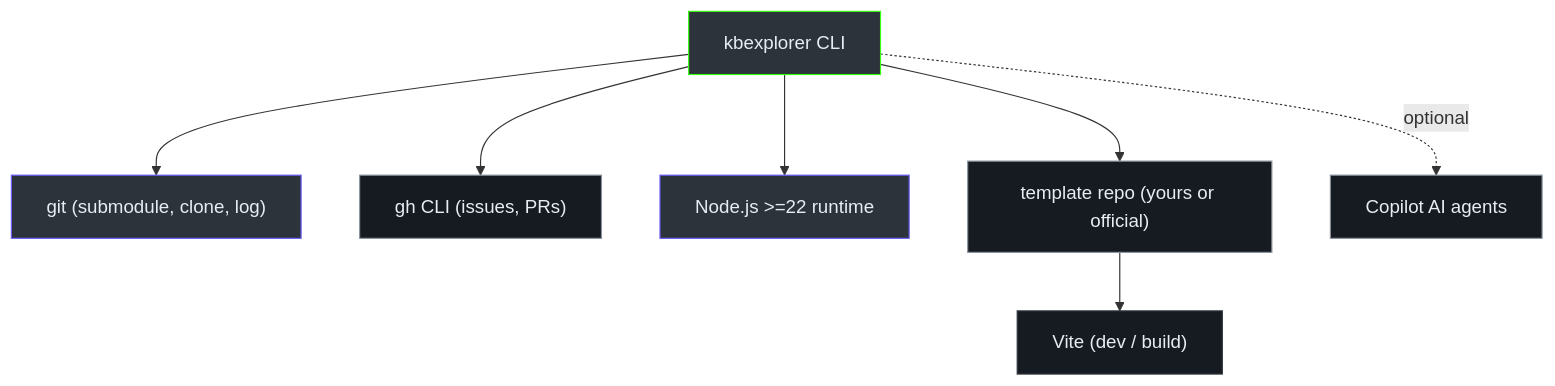
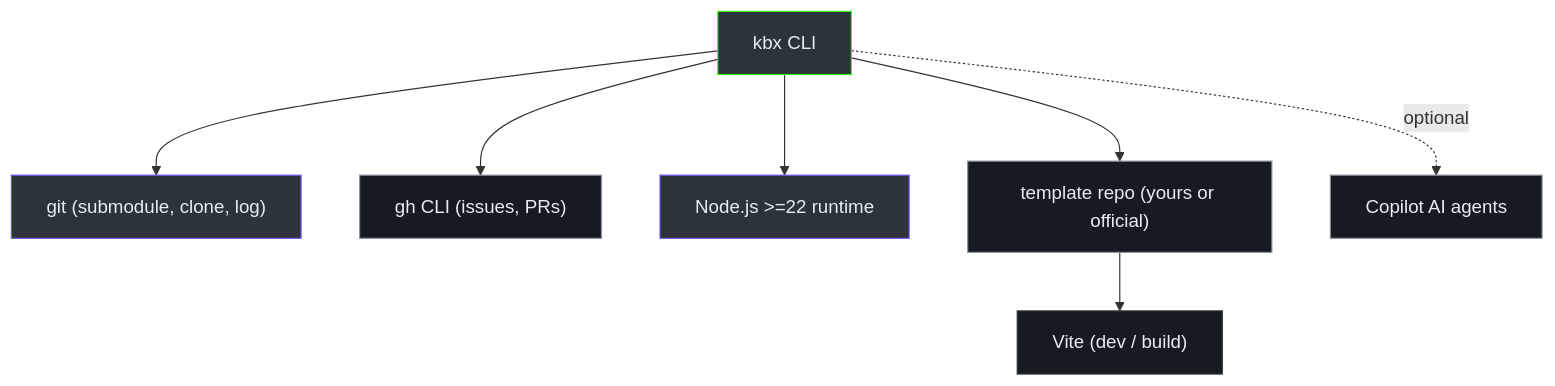
Before and after one commit to anokye-labs/kbexplorer-cli: the third of 4 diagrams in docs/onboarding/platform-guide.md, drawn with Mermaid. The commit also changed other lines of this file and 150 other files, not shown here.

First line of the commit message:
rename: kbexplorer CLI → kbx (#128)

````diff
--- a/docs/onboarding/platform-guide.md
+++ b/docs/onboarding/platform-guide.md
@@ -333,15 +333,15 @@
 ```mermaid
 graph TB
-    cli["kbexplorer CLI"]:::core
+    cli["kbx CLI"]:::core
     cli --> git["git (submodule, clone, log)"]:::plat
     cli --> ghcli["gh CLI (issues, PRs)"]:::svc
     cli --> node["Node.js >=22 runtime"]:::plat
     cli --> tmpl["template repo (yours or official)"]:::svc
     tmpl --> vite["Vite (dev / build)"]:::lib
     cli -. optional .-> agents["Copilot AI agents"]:::svc
 
     classDef core fill:#2d333b,stroke:#39FF14,color:#e6edf3
     classDef plat fill:#2d333b,stroke:#6d5dfc,color:#e6edf3
     classDef svc fill:#161b22,stroke:#8b949e,color:#e6edf3
     classDef lib fill:#161b22,stroke:#30363d,color:#e6edf3
 ```
````
